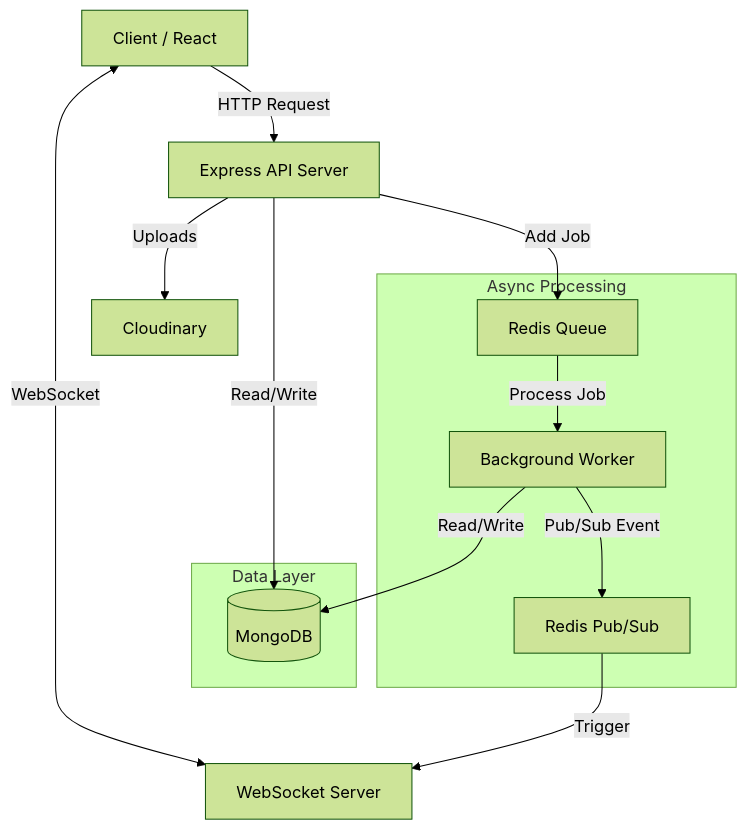
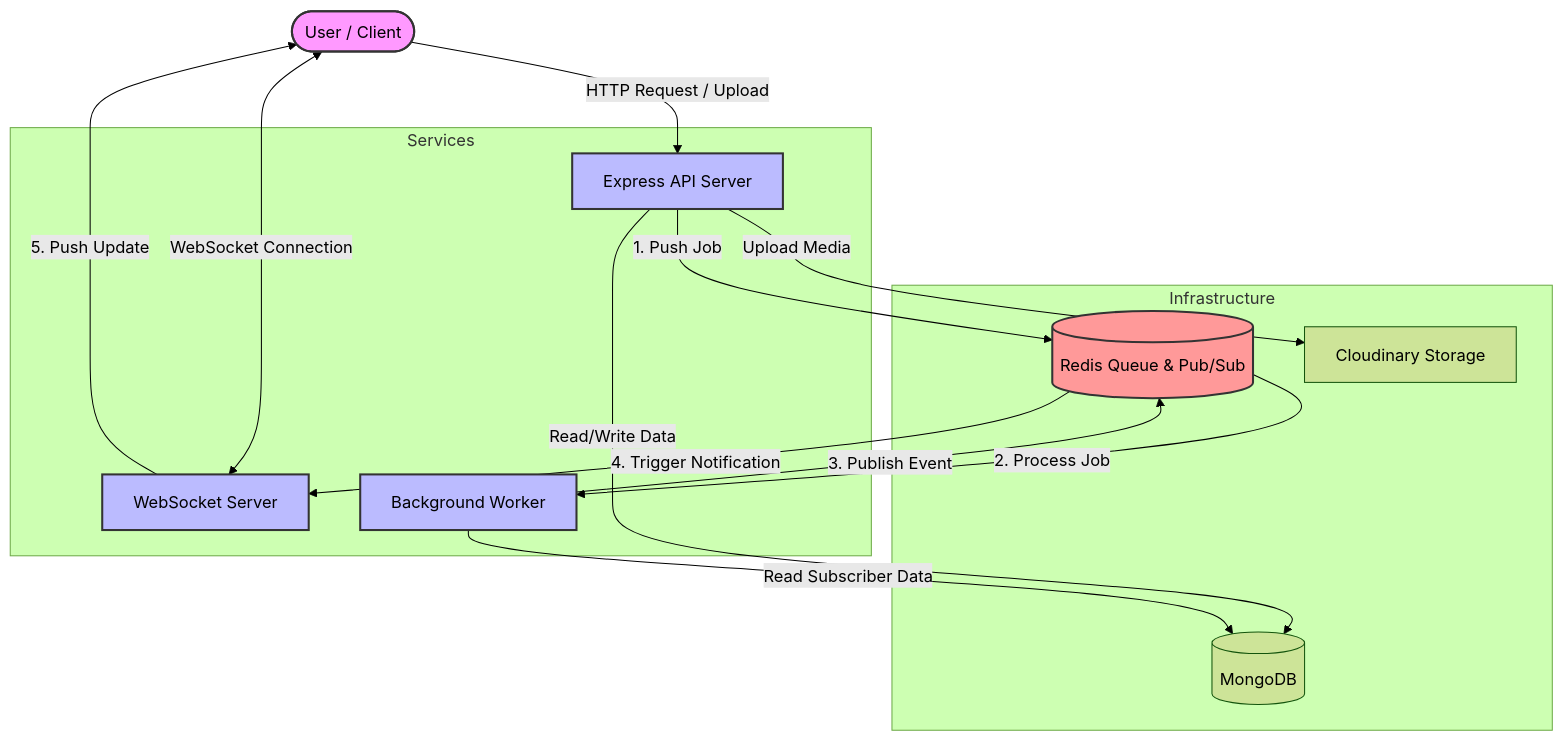
Before and after one commit to Shumail-AbdulRehman/FullStack-Project: the diagram in README.md, drawn with Mermaid (forest theme).

Commit message:
updated readme file

````diff
--- a/README.md
+++ b/README.md
@@ -19,20 +19,44 @@
 ```mermaid
 graph TD
-    User[Client / React] -->|HTTP Request| API[Express API Server]
-    User <-->|WebSocket| WS[WebSocket Server]
-    subgraph DataLayer[Data Layer]
+    %% Clients
+    User([User / Client])
+    
+    %% Services
+    subgraph Services
+        API[Express API Server]
+        WS[WebSocket Server]
+        Worker[Background Worker]
+    end
+    
+    %% External/Data
+    subgraph Infrastructure
         DB[(MongoDB)]
+        Redis[(Redis Queue & Pub/Sub)]
+        Cloud[Cloudinary Storage]
     end
-    subgraph AsyncProcessing[Async Processing]
-        Queue[Redis Queue]
-        Worker[Background Worker]
-        Redis[Redis Pub/Sub]
-    end
-    API -->|Read/Write| DB
-    Worker -->|Read/Write| DB
-    API -->|Add Job| Queue
-    Queue -->|Process Job| Worker
-    Worker -->|Pub/Sub Event| Redis
-    Redis -->|Trigger| WS
-    API -->|Uploads| Cloud[Cloudinary]
+
+    %% Connections
+    User -->|HTTP Request / Upload| API
+    User <-->|WebSocket Connection| WS
+    
+    %% API Actions
+    API -->|Read/Write Data| DB
+    API -->|Upload Media| Cloud
+    API -->|1. Push Job| Redis
+    
+    %% Worker Actions
+    Redis -->|2. Process Job| Worker
+    Worker -->|Read Subscriber Data| DB
+    Worker -->|3. Publish Event| Redis
+    
+    %% Real-time Notification
+    Redis -->|4. Trigger Notification| WS
+    WS -->|5. Push Update| User
+
+    %% Styling
+    style User fill:#f9f,stroke:#333,stroke-width:2px
+    style API fill:#bbf,stroke:#333,stroke-width:2px
+    style WS fill:#bbf,stroke:#333,stroke-width:2px
+    style Worker fill:#bbf,stroke:#333,stroke-width:2px
+    style Redis fill:#ff9999,stroke:#333,stroke-width:2px
 ```
````
